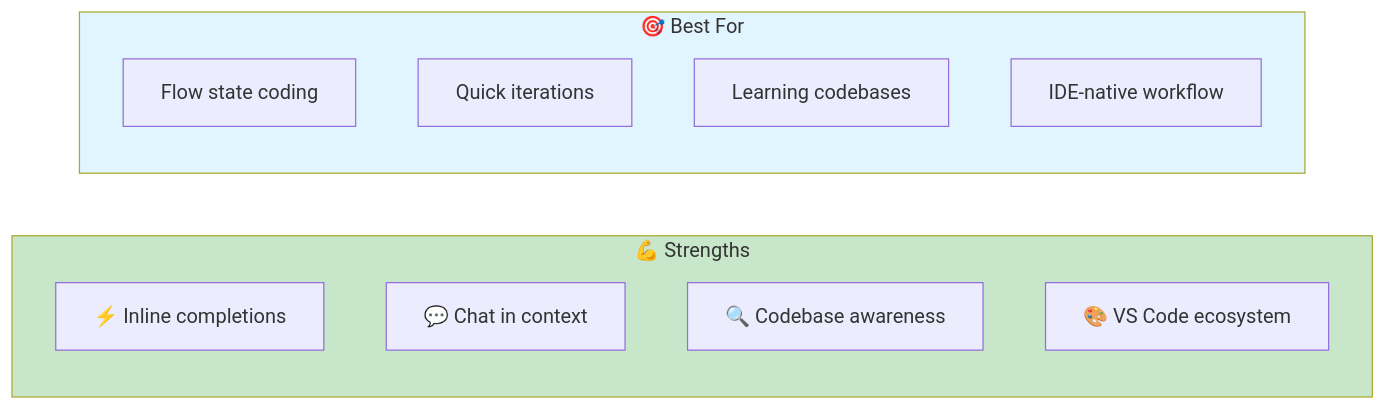
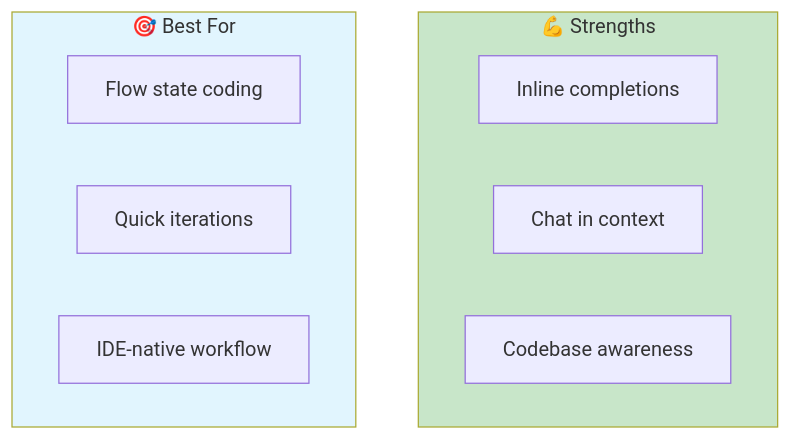
Before and after one commit to TheBushidoCollective/han: the first of 7 diagrams in website/content/papers/ai-dlc-2026/runbooks/tooling/cursor.md, drawn with Mermaid. The commit also changed other lines of this file and 21 other files, not shown here.

First line of the commit message:
fix(website): convert all AI-DLC runbook Mermaid diagrams to TB layout

````diff
--- a/website/content/papers/ai-dlc-2026/runbooks/tooling/cursor.md
+++ b/website/content/papers/ai-dlc-2026/runbooks/tooling/cursor.md
@@ -9,21 +9,17 @@
 ```mermaid
-flowchart LR
+flowchart TB
     subgraph Strengths["💪 Strengths"]
-        direction TB
-        S1[⚡ Inline completions]
-        S2[💬 Chat in context]
-        S3[🔍 Codebase awareness]
-        S4[🎨 VS Code ecosystem]
+        S1[Inline completions]
+        S2[Chat in context]
+        S3[Codebase awareness]
     end
 
     subgraph BestFor["🎯 Best For"]
-        direction TB
         B1[Flow state coding]
         B2[Quick iterations]
-        B3[Learning codebases]
-        B4[IDE-native workflow]
+        B3[IDE-native workflow]
     end
 
     style Strengths fill:#c8e6c9
     style BestFor fill:#e1f5fe
 ```
````
